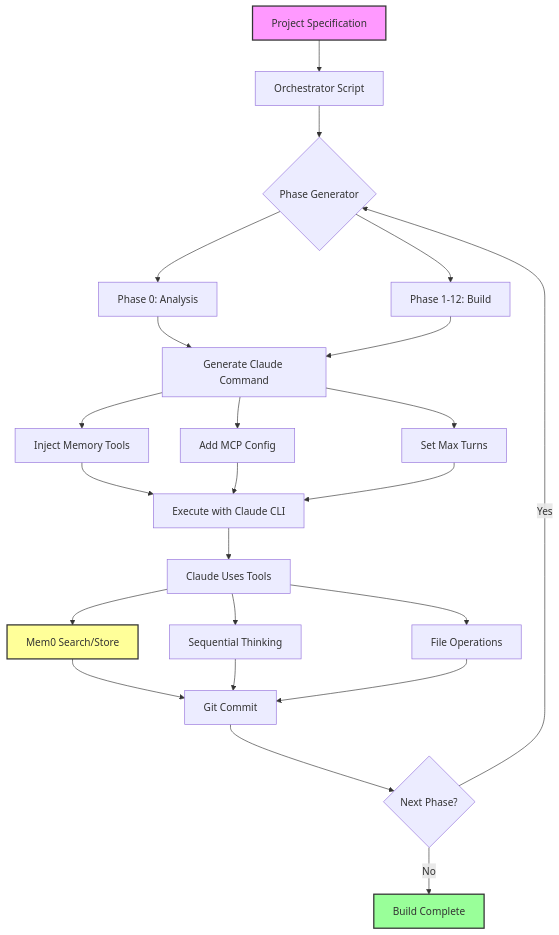
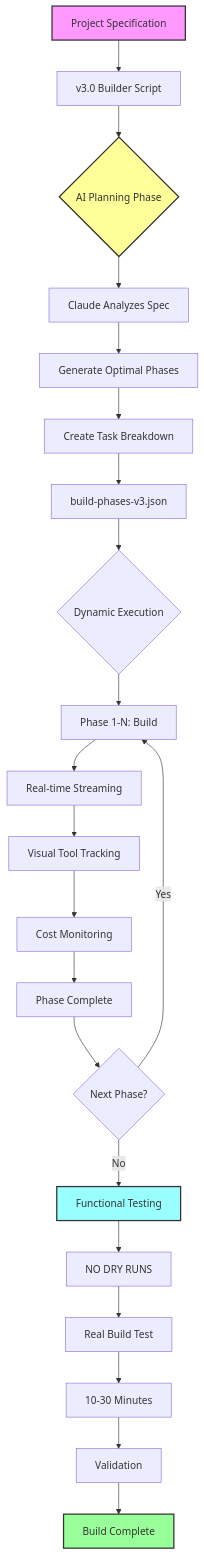
One commit to krzemienski/enhanced-claude-code changed the diagram in README.md. Above: the diagram before and after it, drawn with Mermaid. The commit also changed other lines of this file and 78 other files, not shown here.

````diff
--- a/README.md
+++ b/README.md
@@ -39,35 +61,34 @@
 ```mermaid
 flowchart TD
-    A[Project Specification] --> B[Orchestrator Script]
-    B --> C{Phase Generator}
-    C --> D[Phase 0: Analysis]
-    C --> E[Phase 1-12: Build]
+    A[Project Specification] --> B[v3.0 Builder Script]
+    B --> C{AI Planning Phase}
     
-    D --> F[Generate Claude Command]
-    E --> F
+    C --> D[Claude Analyzes Spec]
+    D --> E[Generate Optimal Phases]
+    E --> F[Create Task Breakdown]
+    F --> G[build-phases-v3.json]
     
-    F --> G[Inject Memory Tools]
-    F --> H[Add MCP Config]
-    F --> I[Set Max Turns]
+    G --> H{Dynamic Execution}
+    H --> I[Phase 1-N: Build]
     
-    G --> J[Execute with Claude CLI]
-    H --> J
-    I --> J
+    I --> J[Real-time Streaming]
+    J --> K[Visual Tool Tracking]
+    K --> L[Cost Monitoring]
     
-    J --> K[Claude Uses Tools]
-    K --> L[Mem0 Search/Store]
-    K --> M[Sequential Thinking]
-    K --> N[File Operations]
+    L --> M[Phase Complete]
+    M --> N{Next Phase?}
+    N -->|Yes| I
+    N -->|No| O[Functional Testing]
     
-    L --> O[Git Commit]
-    M --> O
-    N --> O
+    O --> P[NO DRY RUNS]
+    P --> Q[Real Build Test]
+    Q --> R[10-30 Minutes]
+    R --> S[Validation]
     
-    O --> P{Next Phase?}
-    P -->|Yes| C
-    P -->|No| Q[Build Complete]
+    S --> T[Build Complete]
     
     style A fill:#f9f,stroke:#333,stroke-width:2px
-    style Q fill:#9f9,stroke:#333,stroke-width:2px
-    style L fill:#ff9,stroke:#333,stroke-width:2px
+    style C fill:#ff9,stroke:#333,stroke-width:2px
+    style O fill:#9ff,stroke:#333,stroke-width:2px
+    style T fill:#9f9,stroke:#333,stroke-width:2px
 ```
````
